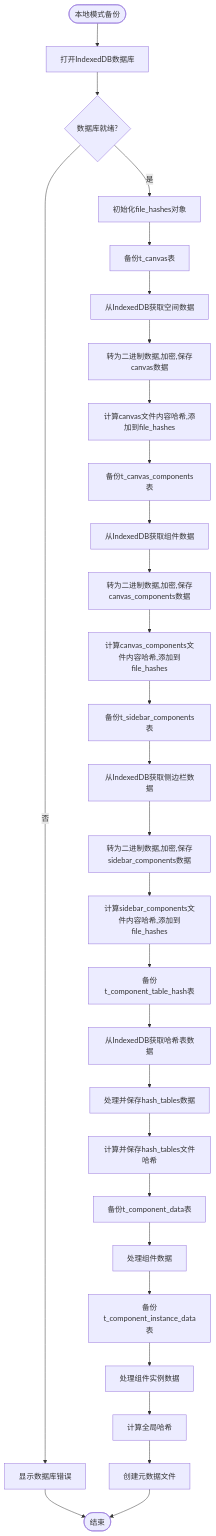
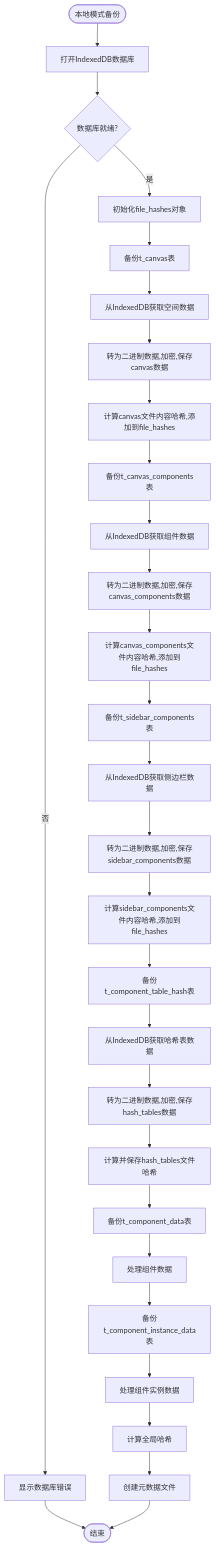
The diagram in all/未命名-56.md (yingjianzh/iodraw-files), drawn with Mermaid before and after one commit.

Commit message:
2025-05-12 14:15:58 update

````diff
--- a/all/未命名-56.md
+++ b/all/未命名-56.md
@@ -1,44 +1,44 @@
 ```mermaid
 
 flowchart TD
     Start([本地模式备份]) --> OpenDB[打开IndexedDB数据库]
     OpenDB --> DBReady{数据库就绪?}
     
     DBReady -->|否| ShowDBError[显示数据库错误]
     DBReady -->|是| InitHashObject[初始化file_hashes对象]
     
     ShowDBError --> End([结束])
     
     InitHashObject --> BackupCanvas[备份t_canvas表]
     BackupCanvas --> GetCanvasFromDB[从IndexedDB获取空间数据]
     GetCanvasFromDB --> ProcessCanvasFile[转为二进制数据,加密,保存canvas数据]
     ProcessCanvasFile --> AddCanvasHash[计算canvas文件内容哈希,添加到file_hashes]
     
     AddCanvasHash --> BackupCanvasComps[备份t_canvas_components表]
     BackupCanvasComps --> GetCanvasCompsFromDB[从IndexedDB获取组件数据]
     GetCanvasCompsFromDB --> ProcessCanvasCompsFile[转为二进制数据,加密,保存canvas_components数据]
     ProcessCanvasCompsFile --> AddCanvasCompsHash[计算canvas_components文件内容哈希,添加到file_hashes]
     
     AddCanvasCompsHash --> BackupSidebarComps[备份t_sidebar_components表]
     BackupSidebarComps --> GetSidebarCompsFromDB[从IndexedDB获取侧边栏数据]
     GetSidebarCompsFromDB --> ProcessSidebarCompsFile[转为二进制数据,加密,保存sidebar_components数据]
     ProcessSidebarCompsFile --> AddSidebarCompsHash[计算sidebar_components文件内容哈希,添加到file_hashes]
     
     AddSidebarCompsHash --> BackupHashTables[备份t_component_table_hash表]
     BackupHashTables --> GetHashTablesFromDB[从IndexedDB获取哈希表数据]
-    GetHashTablesFromDB --> ProcessHashTablesFile[处理并保存hash_tables数据]
+    GetHashTablesFromDB --> ProcessHashTablesFile[转为二进制数据,加密,保存hash_tables数据]
     ProcessHashTablesFile --> AddHashTablesHash[计算并保存hash_tables文件哈希]
     
     AddHashTablesHash --> BackupCompData[备份t_component_data表]
     BackupCompData --> ProcessCompData[处理组件数据]
     
     ProcessCompData --> BackupInstData[备份t_component_instance_data表]
     BackupInstData --> ProcessInstData[处理组件实例数据]
     
     ProcessInstData --> CalculateGlobalHash[计算全局哈希]
     CalculateGlobalHash --> CreateMetadataFile[创建元数据文件]
     
     CreateMetadataFile --> End
 
 
 ```
````
